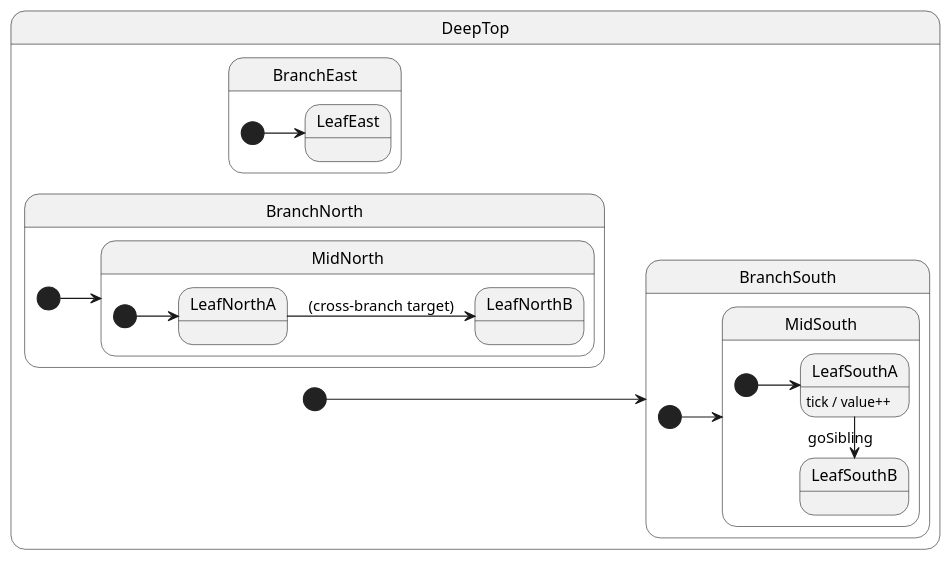
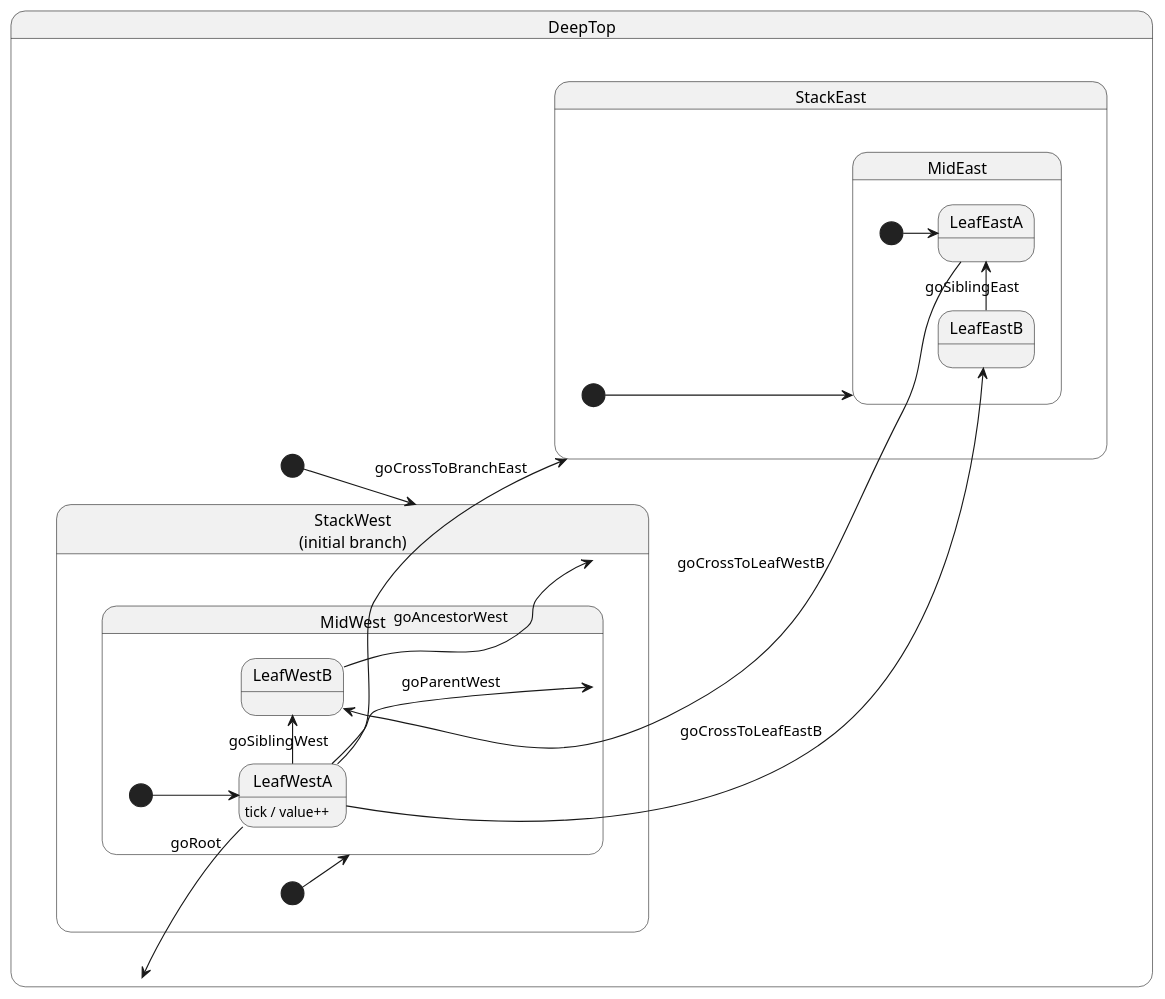
Before and after one commit to filasieno/ihsm: the second of 2 diagrams in tutorials/05-hierarchy/README.md, drawn with PlantUML. The commit also changed other lines of this file and 183 other files, not shown here.

````diff
--- a/tutorials/05-hierarchy/README.md
+++ b/tutorials/05-hierarchy/README.md
@@ -20,28 +111,31 @@
 ```plantuml
 @startuml
 left to right direction
-skinparam ranksep 28
-skinparam nodesep 22
+skinparam ranksep 30
+skinparam nodesep 24
 state DeepTop {
-  [*] --> BranchSouth
-  state BranchSouth {
-    [*] --> MidSouth
-    state MidSouth {
-      [*] --> LeafSouthA
-      LeafSouthA : tick / value++
-      LeafSouthA -right-> LeafSouthB : goSibling
+  [*] --> StackWest
+  state "StackWest\n(initial branch)" as StackWest {
+    [*] --> MidWest
+    state MidWest {
+      [*] --> LeafWestA
+      LeafWestA : tick / value++
+      LeafWestA -right-> LeafWestB : goSiblingWest
+      LeafWestA -down-> MidWest : goParentWest
+      LeafWestB -down-> StackWest : goAncestorWest
+      LeafWestA -up-> DeepTop : goRoot
     }
   }
-  state BranchNorth {
-    [*] --> MidNorth
-    state MidNorth {
-      [*] --> LeafNorthA
-      LeafNorthA -down-> LeafNorthB : (cross-branch target)
+  state StackEast {
+    [*] --> MidEast
+    state MidEast {
+      [*] --> LeafEastA
+      LeafEastB -left-> LeafEastA : goSiblingEast
     }
   }
-  state BranchEast {
-    [*] --> LeafEast
-  }
+  LeafWestA -down-> LeafEastB : goCrossToLeafEastB
+  LeafWestA -down-> StackEast : goCrossToBranchEast
+  LeafEastA -up-> LeafWestB : goCrossToLeafWestB
 }
 @enduml
 ```
````
